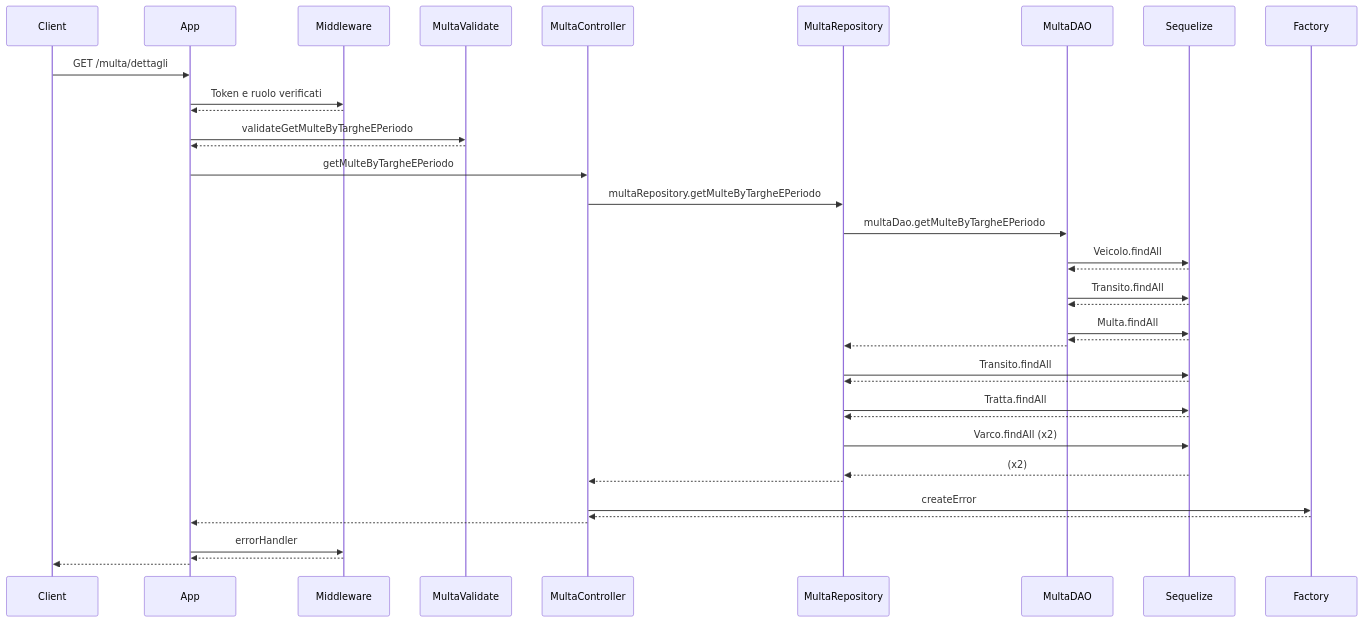
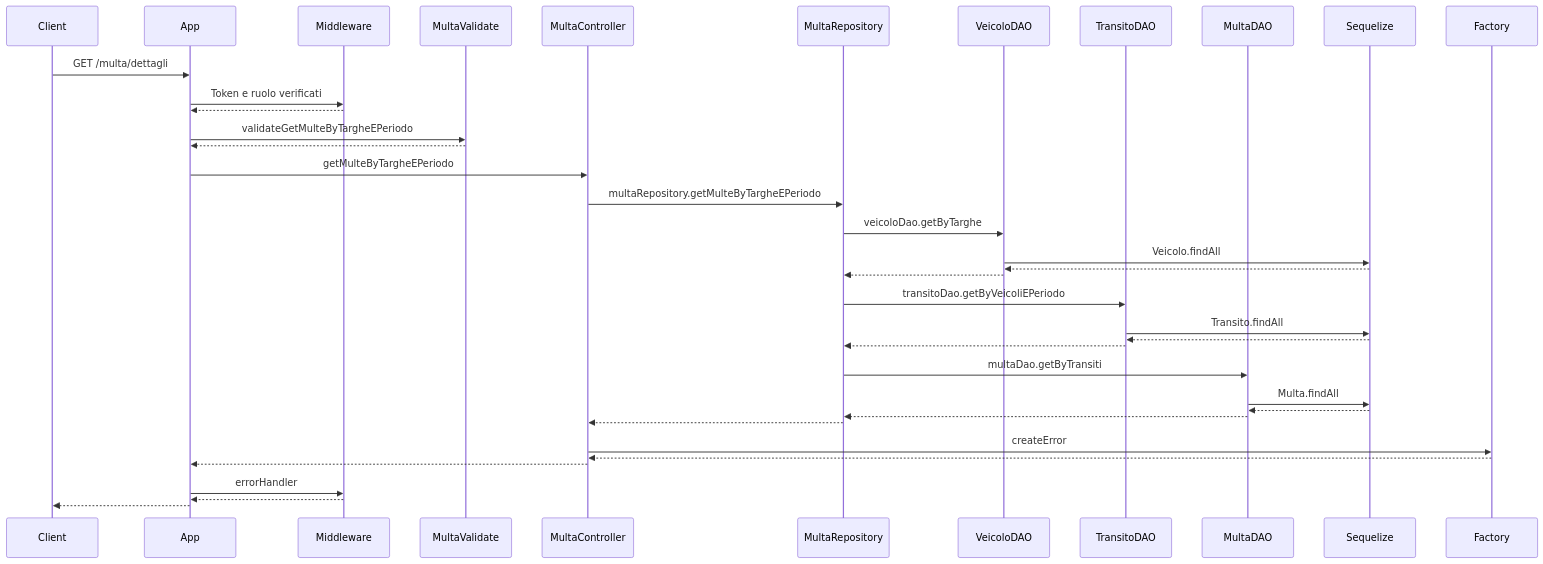
Diagram 13 of 14 in README.md (MattSona99/ProgettoPA), drawn with Mermaid before and after one commit. The commit also changed other lines of this file, not shown here.

````diff
--- a/README.md
+++ b/README.md
@@ -658,41 +707,41 @@
 ```mermaid
 sequenceDiagram
   participant C as Client
   participant A as App
   participant M as Middleware
   participant MV as MultaValidate
   participant CN as MultaController
   participant R as MultaRepository
+  participant VD as VeicoloDAO
+  participant TD as TransitoDAO
   participant MD as MultaDAO
   participant S as Sequelize
   participant F as Factory
 
   C ->> A: GET /multa/dettagli
   A ->> M: Token e ruolo verificati
   M -->> A:
   A ->> MV: validateGetMulteByTargheEPeriodo
   MV -->> A: 
   A ->> CN: getMulteByTargheEPeriodo
   CN ->> R: multaRepository.getMulteByTargheEPeriodo
-  R ->> MD: multaDao.getMulteByTargheEPeriodo
-  MD ->> S: Veicolo.findAll
-  S -->> MD:
-  MD ->> S: Transito.findAll
-  S -->> MD:
+  R ->> VD: veicoloDao.getByTarghe
+  VD ->> S: Veicolo.findAll
+  S -->> VD: 
+  VD -->> R:
+  R ->> TD: transitoDao.getByVeicoliEPeriodo
+  TD ->> S: Transito.findAll
+  S -->> TD:
+  TD -->> R: 
+  R ->> MD: multaDao.getByTransiti
   MD ->> S: Multa.findAll
-  S -->> MD:
-  MD -->> R:
-  R ->> S: Transito.findAll
-  S -->> R:
-  R ->> S: Tratta.findAll
-  S -->> R:
-  R ->> S: Varco.findAll (x2)
-  S -->> R: (x2)
+  S -->> MD:   
+  MD -->> R: 
   R -->> CN: 
   CN ->> F: createError
   F -->> CN: 
   CN -->> A: 
   A ->> M: errorHandler
   M -->> A: 
   A -->> C:
 ```
````
